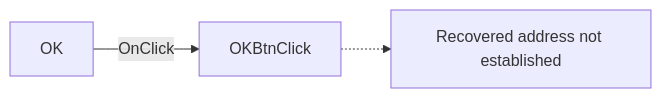
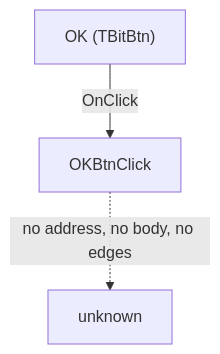
One commit to MovGP0/TIARA changed the diagram in docs/ui-controls/registerdlg/okbtn-1734a916a5.md. Above: the diagram before and after it, drawn with Mermaid. The commit also changed other lines of this file and 106 other files, not shown here.

````diff
--- a/docs/ui-controls/registerdlg/okbtn-1734a916a5.md
+++ b/docs/ui-controls/registerdlg/okbtn-1734a916a5.md
@@ -27,5 +29,5 @@
 ```mermaid
-flowchart LR
-    control["OK"] -->|OnClick| handler["OKBtnClick"]
-    handler -.-> unresolved["Recovered address not established"]
+flowchart TD
+    control["OK (TBitBtn)"] -->|"OnClick"| handler["OKBtnClick"]
+    handler -.->|"no address, no body, no edges"| gone["unknown"]
 ```
````
